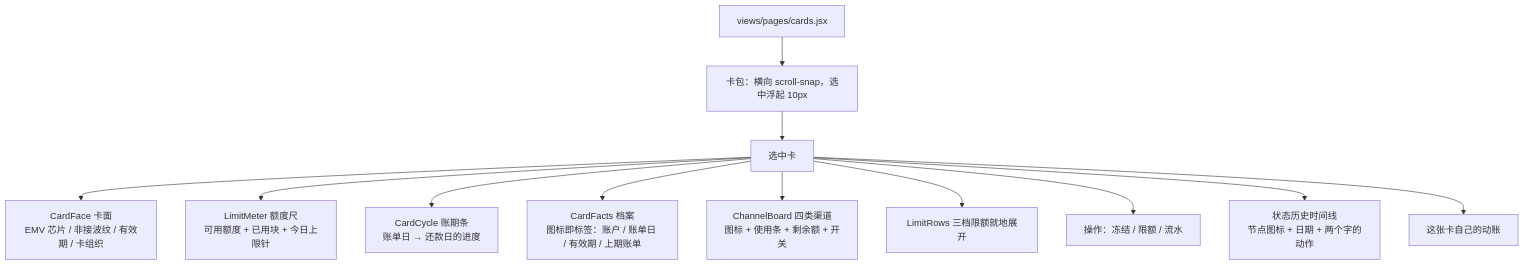
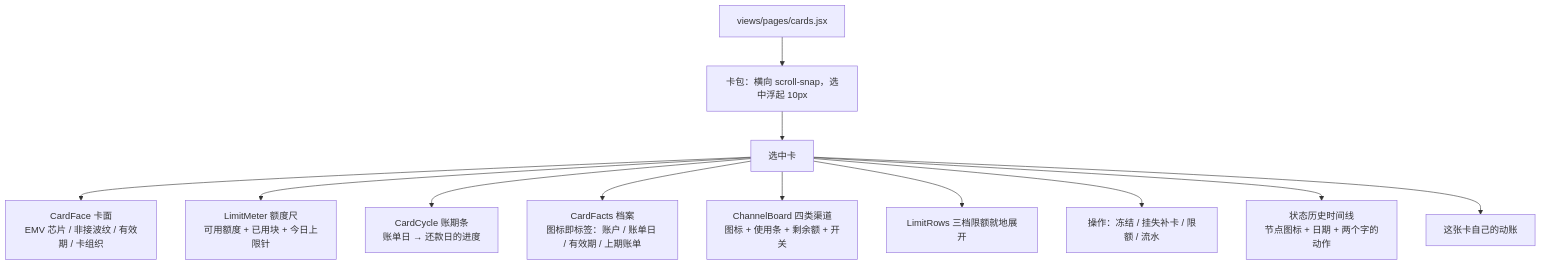
Before and after one commit to weiqing010305-art/bk-agent: diagram 23 of 35 in doc/ARCHITECTURE.md, drawn with Mermaid. The commit also changed other lines of this file and 8 other files, not shown here.

````diff
--- a/doc/ARCHITECTURE.md
+++ b/doc/ARCHITECTURE.md
@@ -618,14 +618,14 @@
 ```mermaid
 flowchart TB
     PAGE["views/pages/cards.jsx"] --> W["卡包：横向 scroll-snap，选中浮起 10px"]
     W --> SEL["选中卡"]
     SEL --> F["CardFace 卡面<br/>EMV 芯片 / 非接波纹 / 有效期 / 卡组织"]
     SEL --> RUL["LimitMeter 额度尺<br/>可用额度 + 已用块 + 今日上限针"]
     SEL --> CYC["CardCycle 账期条<br/>账单日 → 还款日的进度"]
     SEL --> FACT["CardFacts 档案<br/>图标即标签：账户 / 账单日 / 有效期 / 上期账单"]
     SEL --> CH["ChannelBoard 四类渠道<br/>图标 + 使用条 + 剩余额 + 开关"]
     SEL --> LIM["LimitRows 三档限额就地展开"]
-    SEL --> ACT["操作：冻结 / 限额 / 流水"]
+    SEL --> ACT["操作：冻结 / 挂失补卡 / 限额 / 流水"]
     SEL --> HIST["状态历史时间线<br/>节点图标 + 日期 + 两个字的动作"]
     SEL --> ACTI["这张卡自己的动账"]
 ```
````
